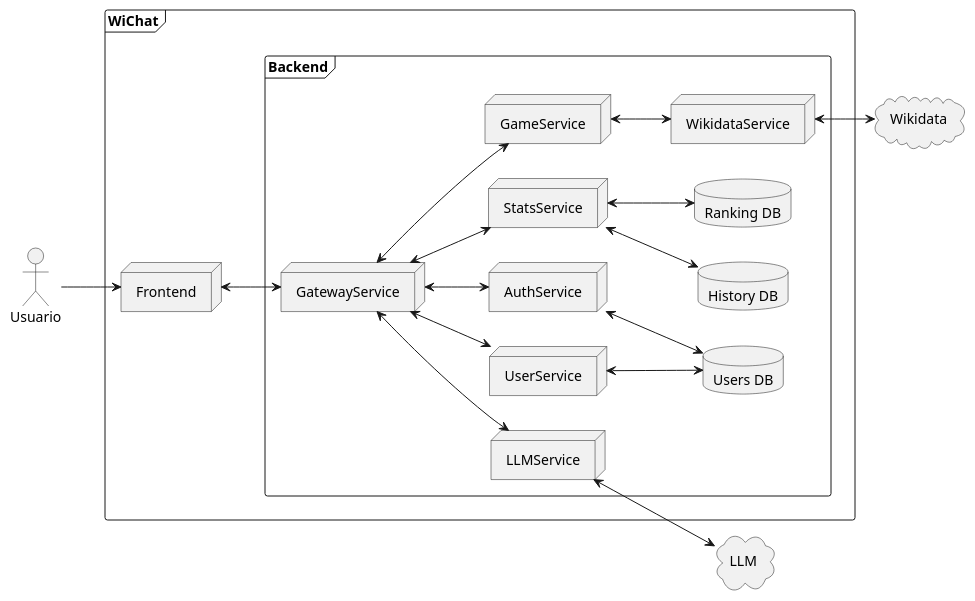
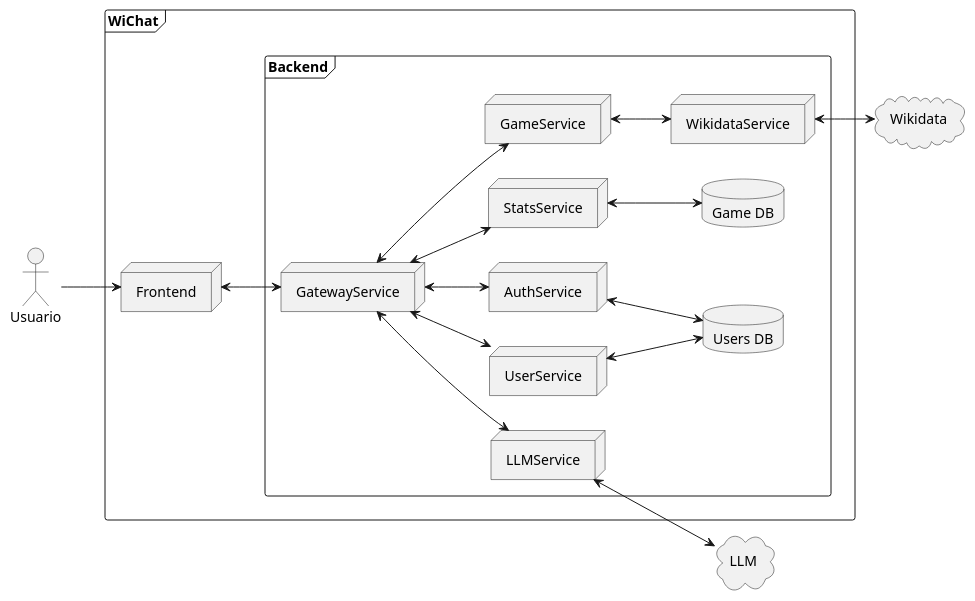
The third of 3 diagrams in docs/src/05_building_block_view.adoc (Arquisoft/wichat_es5b), drawn with PlantUML before and after one commit.

Commit message:
modificado diagrama nivel 3

```diff
--- a/docs/src/05_building_block_view.adoc
+++ b/docs/src/05_building_block_view.adoc
@@ -174,56 +174,53 @@
 [plantuml,"Backend",png]
 ----
 @startuml
 skinparam monochrome true
 left to right direction
 
 actor "Usuario"
 
 frame WiChat {
   node "Frontend"
 
   frame Backend {
     node "GatewayService"
 
     node "UserService"
 
     node "AuthService"
 
     node "StatsService"
 
     node "LLMService"
 
     node "GameService"
 
     node "WikidataService"
 
     database "Users DB"
 
-    database "History DB"
-
-    database "Ranking DB"
+    database "Game DB"
   }
 }
 
 cloud "Wikidata"
 
 cloud "LLM"
 
 "Usuario" --> "Frontend"
 "Frontend" <--> "GatewayService"
 "GatewayService" <--> "UserService"
 "GatewayService" <--> "AuthService"
 "GatewayService" <--> "LLMService"
 "GatewayService" <--> "GameService"
 "GatewayService" <--> "StatsService"
 "GameService" <--> "WikidataService"
 "UserService" <--> "Users DB"
 "AuthService" <--> "Users DB"
-"StatsService" <--> "History DB"
-"StatsService" <--> "Ranking DB"
+"StatsService" <--> "Game DB"
 "LLMService" <--> "LLM"
 "WikidataService" <--> "Wikidata"
 
 
 @enduml
 ----
```
